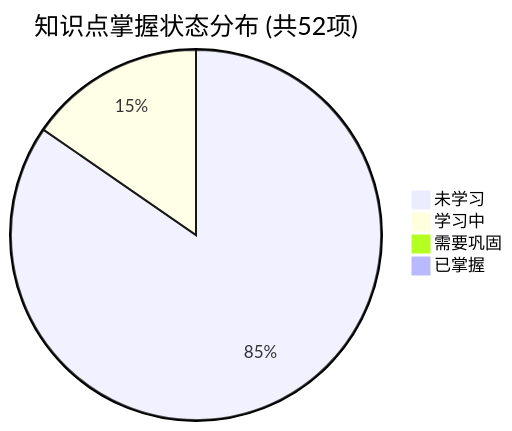
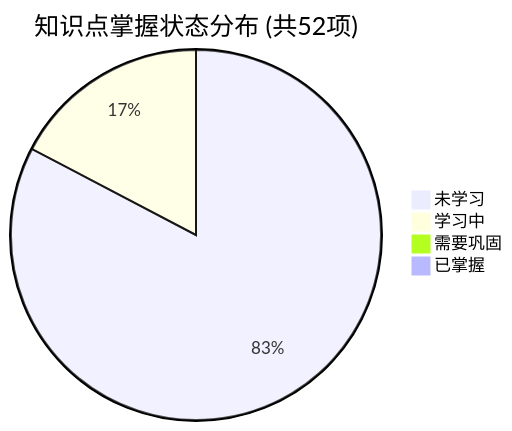
Before and after one commit to tieke1121/tech-interview-knowledge-base: the first of 2 diagrams in PROGRESS.md, drawn with Mermaid. The commit also changed other lines of this file and 1 other file, not shown here.

````diff
--- a/PROGRESS.md
+++ b/PROGRESS.md
@@ -23,7 +23,7 @@
 ```mermaid
 pie title 知识点掌握状态分布 (共52项)
-    "未学习" : 44
-    "学习中" : 8
+    "未学习" : 43
+    "学习中" : 9
     "需要巩固" : 0
     "已掌握" : 0
 ```
````
